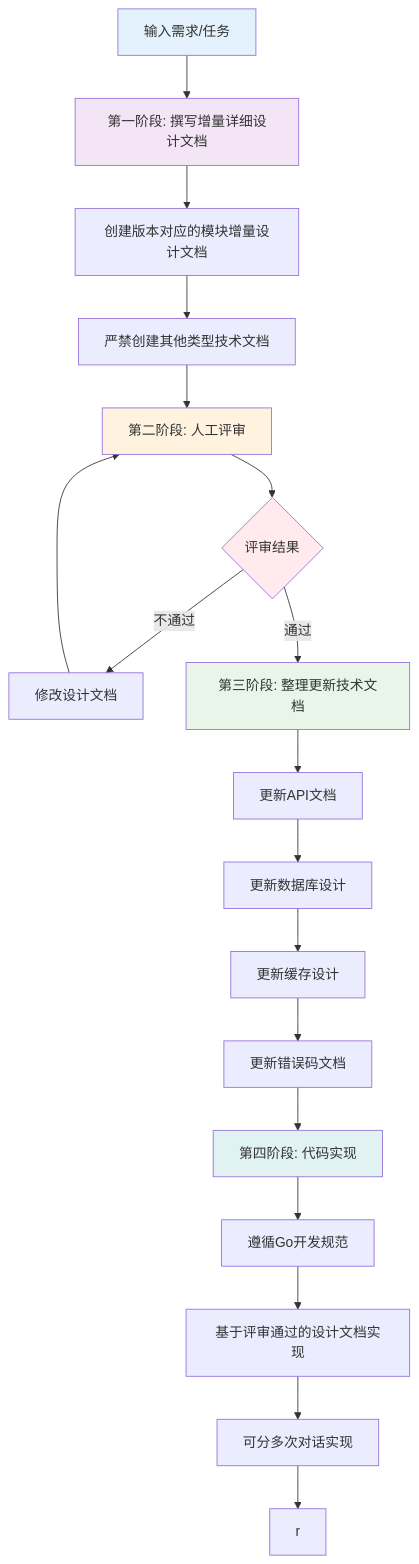
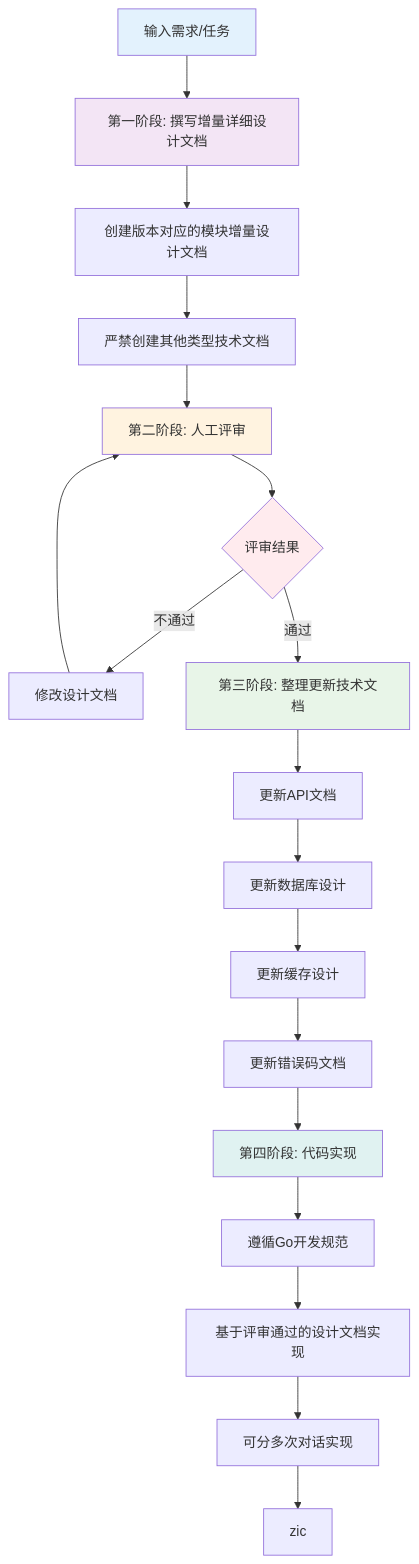
One commit to yingjianzh/iodraw-files changed the diagram in all/未命名-1.md. Above: the diagram before and after it, drawn with Mermaid.

Commit message:
2025-10-22 17:37:11 update

````diff
--- a/all/未命名-1.md
+++ b/all/未命名-1.md
@@ -1,29 +1,29 @@
 ```mermaid
 
 flowchart TD
     A[输入需求/任务] --> B[第一阶段: 撰写增量详细设计文档]
     B --> C[创建版本对应的模块增量设计文档]
     C --> D[严禁创建其他类型技术文档]
     D --> E[第二阶段: 人工评审]
     E --> F{评审结果}
     F -->|不通过| G[修改设计文档]
     G --> E
     F -->|通过| H[第三阶段: 整理更新技术文档]
     H --> I[更新API文档]
     I --> J[更新数据库设计]
     J --> K[更新缓存设计]
     K --> L[更新错误码文档]
     L --> M[第四阶段: 代码实现]
     M --> N[遵循Go开发规范]
     N --> O[基于评审通过的设计文档实现]
     O --> P[可分多次对话实现]
-    P --> R[r]
+    P --> R[zic]
     
     style A fill:#e3f2fd
     style B fill:#f3e5f5
     style E fill:#fff3e0
     style F fill:#ffebee
     style H fill:#e8f5e8
     style M fill:#e0f2f1
 
 ```
````
